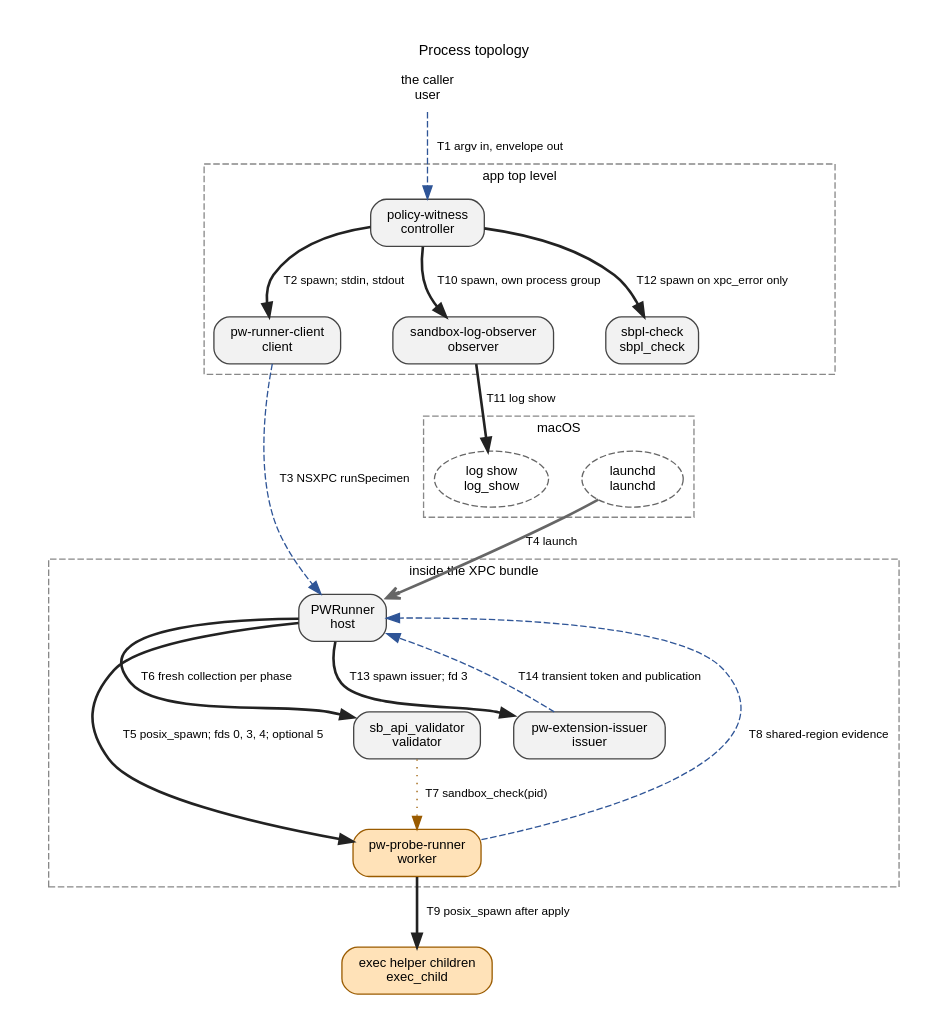
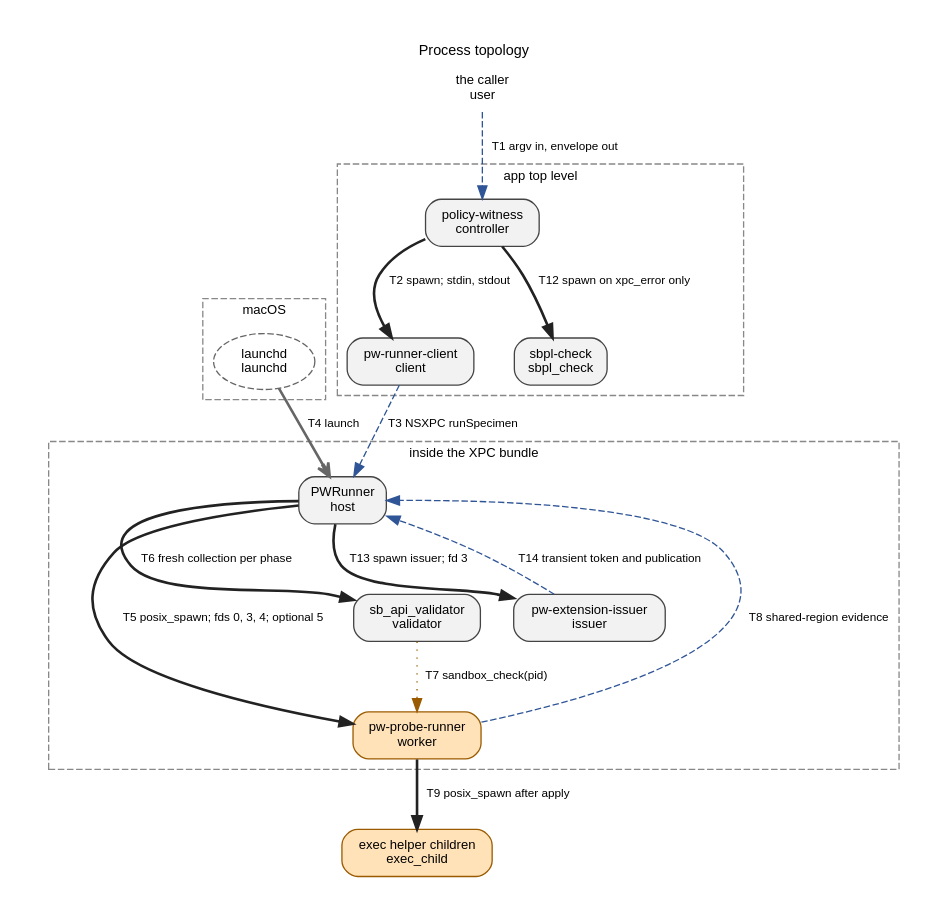
The diagram in docs/architecture-topology.dot (Protonk/PolicyWitness), drawn with Graphviz before and after one commit. The commit also changed 175 other files, not shown here.

First line of the commit message:
Retire the unified-log observer

```diff
--- a/docs/architecture-topology.dot
+++ b/docs/architecture-topology.dot
@@ -1,50 +1,44 @@
 digraph topology {
     graph [rankdir=TB, bgcolor="white", fontname="Helvetica", fontsize=11, label="Process topology", labelloc=t, pad=0.3, nodesep=0.35, ranksep=0.6];
     node [fontname="Helvetica", fontsize=10];
     edge [fontname="Helvetica", fontsize=9];
     subgraph cluster_app {
         label="app top level"; style=dashed; color="#888888"; fontsize=10;
         controller;
         client;
-        observer;
         sbpl_check;
     }
     subgraph cluster_xpc {
         label="inside the XPC bundle"; style=dashed; color="#888888"; fontsize=10;
         host;
         worker;
         validator;
         issuer;
     }
     subgraph cluster_os {
         label="macOS"; style=dashed; color="#888888"; fontsize=10;
         launchd;
-        log_show;
     }
     user [shape="plaintext", label="the caller\nuser", URL="ARCHITECTURE.md#process-topology-nodes", tooltip="user: the caller | a shell or a harness; owns the request file and reads the envelope "];
     controller [shape="box", style="rounded,filled", fillcolor="#f2f2f2", color="#444444", label="policy-witness\ncontroller", URL="ARCHITECTURE.md#process-topology-nodes", tooltip="controller: policy-witness | Rust; app top level; the caller; no; none; one run "];
     client [shape="box", style="rounded,filled", fillcolor="#f2f2f2", color="#444444", label="pw-runner-client\nclient", URL="ARCHITECTURE.md#process-topology-nodes", tooltip="client: pw-runner-client | Swift; app top level; the controller; no; none; one acquisition attempt; external pre-admission refusals can require another client within the same deadline "];
     host [shape="box", style="rounded,filled", fillcolor="#f2f2f2", color="#444444", label="PWRunner\nhost", URL="ARCHITECTURE.md#process-topology-nodes", tooltip="host: PWRunner | Swift; inside the XPC bundle; launchd: XPC service lookup, or a Mach service for BYOXPC; no; none, by the invariance rule; one specimen; exits 50 milliseconds after replying All authorized connections share one terminal, locked request claim. Only its owner schedules host exit; connections racing retirement can still fail before refusal."];
     worker [shape="box", style="rounded,filled", fillcolor="#ffe2b8", color="#9a5b00", label="pw-probe-runner\nworker", URL="ARCHITECTURE.md#process-topology-nodes", tooltip="worker: pw-probe-runner | C; inside the XPC bundle; the host; yes; applies the specimen policy to itself; sandbox_compile_string, params, sandbox_apply; sandbox_extension_consume and sandbox_extension_release; one specimen; one application and all ordered phases; terminal publication exits without host permission "];
     exec_child [shape="box", style="rounded,filled", fillcolor="#ffe2b8", color="#9a5b00", label="exec helper children\nexec_child", URL="ARCHITECTURE.md#process-topology-nodes", tooltip="exec_child: exec helper children | caller-supplied; the caller's path; the worker; inherit the worker's sandbox; none of PolicyWitness's; the worker bounds collection and leader reap; ordinary completion and worker death can leave same-group descendants alive; escaped descendants are not contained "];
     validator [shape="box", style="rounded,filled", fillcolor="#f2f2f2", color="#444444", label="sb_api_validator\nvalidator", URL="ARCHITECTURE.md#process-topology-nodes", tooltip="validator: sb_api_validator | C; inside the XPC bundle; the host at each eligible phase arrival; no; sandbox_check; one phase collection "];
-    observer [shape="box", style="rounded,filled", fillcolor="#f2f2f2", color="#444444", label="sandbox-log-observer\nobserver", URL="ARCHITECTURE.md#process-topology-nodes", tooltip="observer: sandbox-log-observer | Rust; app top level; the controller, after execution completes, in its own process group; no; none; one scan "];
-    log_show [shape="ellipse", style="dashed", color="#666666", label="log show\nlog_show", URL="ARCHITECTURE.md#process-topology-nodes", tooltip="log_show: log show | OS; /usr/bin/log; the observer; no; none; one query "];
     sbpl_check [shape="box", style="rounded,filled", fillcolor="#f2f2f2", color="#444444", label="sbpl-check\nsbpl_check", URL="ARCHITECTURE.md#process-topology-nodes", tooltip="sbpl_check: sbpl-check | Rust; app top level; the controller, only for an admitted xpc_error reply; no; sandbox_compile_string and params; never applies; one compile "];
     launchd [shape="ellipse", style="dashed", color="#666666", label="launchd\nlaunchd", URL="ARCHITECTURE.md#process-topology-nodes", tooltip="launchd: launchd | OS; system; no; none "];
     issuer [shape="box", style="rounded,filled", fillcolor="#f2f2f2", color="#444444", label="pw-extension-issuer\nissuer", URL="ARCHITECTURE.md#process-topology-nodes", tooltip="issuer: pw-extension-issuer | inside the XPC bundle; one declaration before worker creation; confirmed clean reap required for delivery; C; the host; outside the specimen policy; ordinary process authority; sandbox_extension_issue_file "];
     user -> controller [style="dashed", color="#2f5597", label="T1 argv in, envelope out", URL="ARCHITECTURE.md#process-topology-edges", tooltip="T1: argv in; one JSON envelope on stdout |  "];
     controller -> client [style="bold", color="#222222", label="T2 spawn; stdin, stdout", URL="ARCHITECTURE.md#process-topology-edges", tooltip="T2: spawn; held request on stdin, read to EOF; reply on stdout |  "];
     client -> host [style="dashed", color="#2f5597", label="T3 NSXPC runSpecimen", URL="ARCHITECTURE.md#process-topology-edges", tooltip="T3: NSXPC runSpecimen(Data) and its reply |  "];
     launchd -> host [style="bold", color="#666666", arrowhead="vee", label="T4 launch", URL="ARCHITECTURE.md#process-topology-edges", tooltip="T4: start on XPC lookup, or as a Mach service (BYOXPC) |  "];
     host -> worker [style="bold", color="#222222", label="T5 posix_spawn; fds 0, 3, 4; optional 5", URL="ARCHITECTURE.md#process-topology-edges", tooltip="T5: posix_spawn; fd 0 policy pipe, fd 3 shared region, fd 4 ready pipe; optional fd 5 transient token channel |  Policy delivery uses nonblocking writes under one absolute monotonic deadline (the worker_policy_transfer limit) beginning after spawn. Expiry closes input and enters cleanup before readiness or sentinel polling. The pipe carries no framing: the host writes the submission's byte count into the shared header before spawn, and the worker at EOF publishes the count it read and refuses a different length before compiling."];
     host -> validator [style="bold", color="#222222", label="T6 fresh collection per phase", URL="ARCHITECTURE.md#process-topology-edges", tooltip="T6: fresh posix_spawn --batch <pid> per eligible phase; bundle-local default or explicit override; bounded NDJSON |  "];
     validator -> worker [style="dotted", color="#9a5b00", label="T7 sandbox_check(pid)", URL="ARCHITECTURE.md#process-topology-edges", tooltip="T7: sandbox_check against the worker PID, with SANDBOX_CHECK_NO_REPORT |  "];
     worker -> host [style="dashed", color="#2f5597", label="T8 shared-region evidence", URL="ARCHITECTURE.md#process-topology-edges", tooltip="T8: immutable phase arrivals, acknowledgements and completions; numbered releases before actions; separate native call markers/results and fresh-read syscall observations |  "];
     worker -> exec_child [style="bold", color="#222222", label="T9 posix_spawn after apply", URL="ARCHITECTURE.md#process-topology-edges", tooltip="T9: posix_spawn after apply; stdout and stderr pipes into bounded slot buffers |  "];
-    controller -> observer [style="bold", color="#222222", label="T10 spawn, own process group", URL="ARCHITECTURE.md#process-topology-edges", tooltip="T10: spawn in its own process group after execution; budget on argv; JSON report on stdout |  "];
-    observer -> log_show [style="bold", color="#222222", label="T11 log show", URL="ARCHITECTURE.md#process-topology-edges", tooltip="T11: log show over the padded client span; text on stdout, bounded |  "];
     controller -> sbpl_check [style="bold", color="#222222", label="T12 spawn on xpc_error only", URL="ARCHITECTURE.md#process-topology-edges", tooltip="T12: spawn only for an admitted xpc_error reply; held request in; helper envelope out |  "];
     host -> issuer [style="bold", color="#222222", label="T13 spawn issuer; fd 3", URL="ARCHITECTURE.md#process-topology-edges", tooltip="T13: fresh ordinary-authority issuer; fd 3 token mapping, stdio /dev/null, empty environment |  Issuer wait 5,000 milliseconds; cleanup may overrun. Missing capability refuses extension specimens."];
     issuer -> host [style="dashed", color="#2f5597", label="T14 transient token and publication", URL="ARCHITECTURE.md#process-topology-edges", tooltip="T14: native issuance publication and bounded transient token bytes; host owns cleanup and delivery eligibility |  Token storage 16,384 bytes; raw bytes never enter reply fields."];
 }
```
